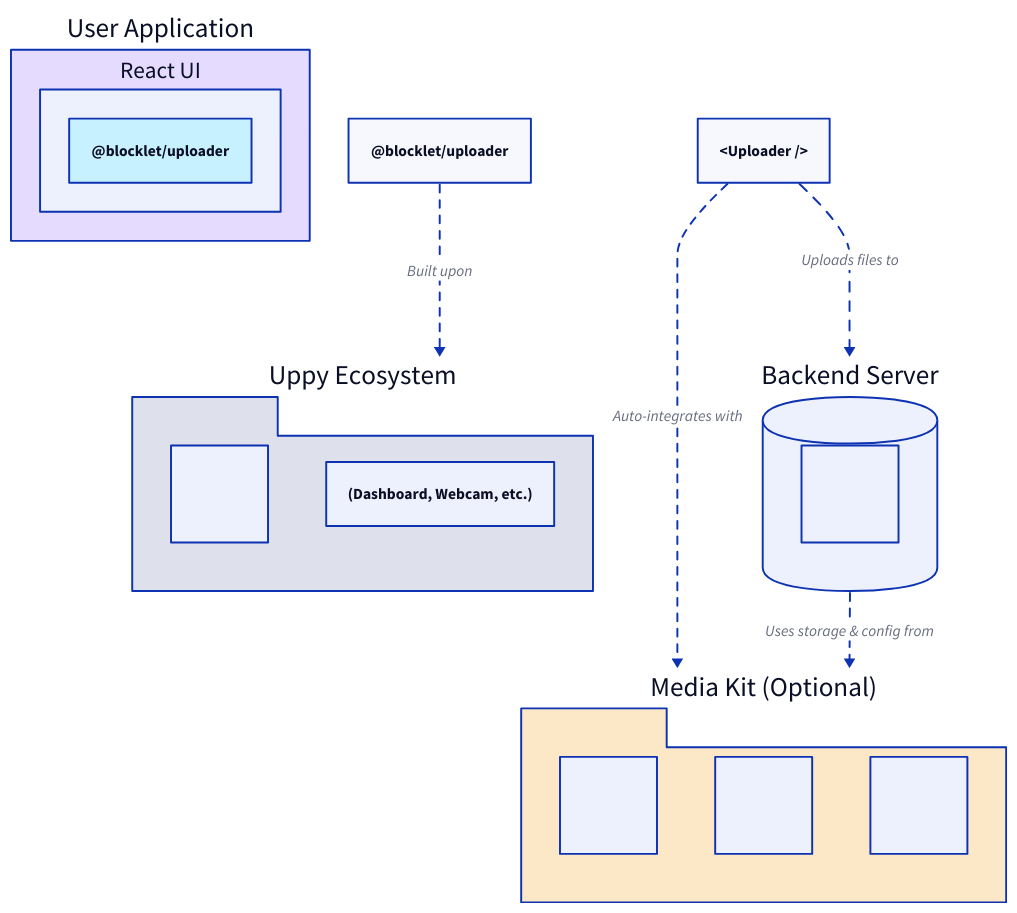
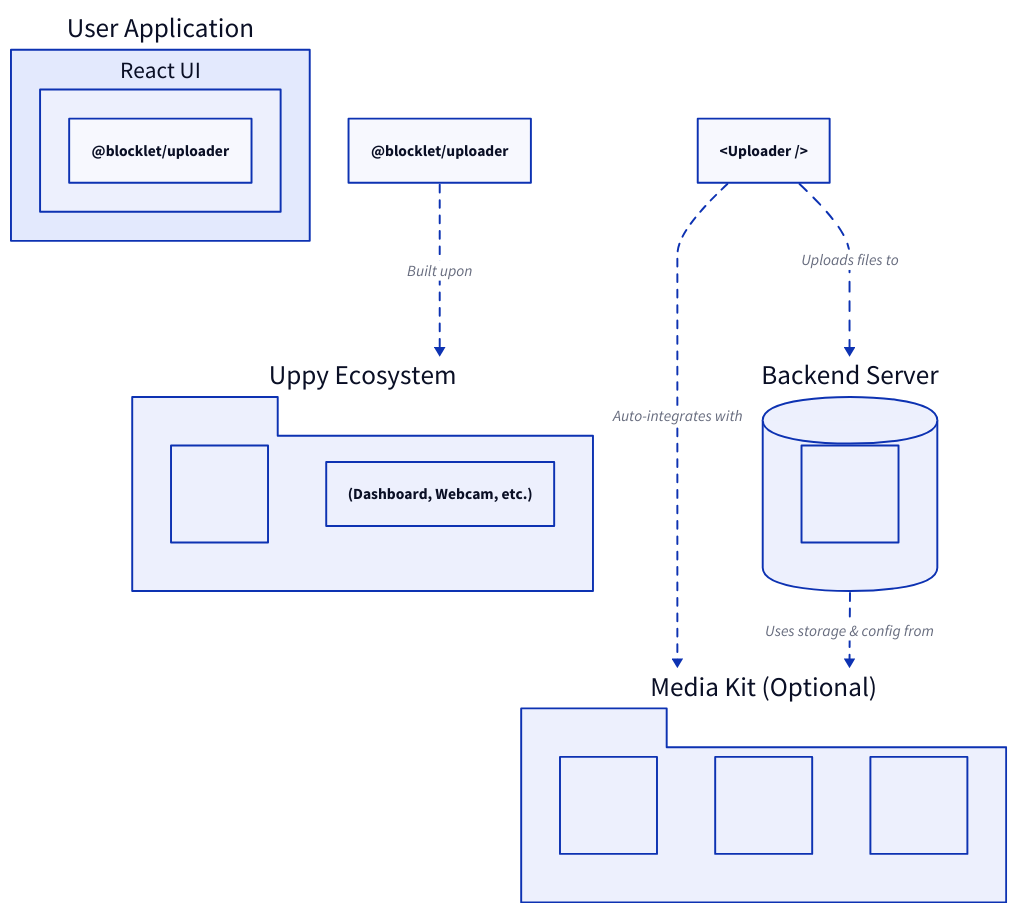
Before and after one commit to blocklet/media-kit: the diagram in .aigne/doc-smith/docs/concepts.md, drawn with D2. The commit also changed 19 other files, not shown here.

````diff
--- a/.aigne/doc-smith/docs/concepts.md
+++ b/.aigne/doc-smith/docs/concepts.md
@@ -7,55 +7,51 @@
 ```d2
 direction: down
 
 "User Application": {
   shape: rectangle
-  style.fill: "#E4DBFE"
   "React UI": {
     "<Uploader />": {
       label: "@blocklet/uploader"
-      style.fill: "#C7F1FF"
     }
   }
 }
 
 "@blocklet/uploader" -> "Uppy Ecosystem": {
   label: "Built upon"
   style.stroke-dash: 4
 }
 
 "Uppy Ecosystem": {
   shape: package
-  style.fill: "#DEE1EB"
   "Uppy Core": ""
   "Uppy Plugins": "(Dashboard, Webcam, etc.)"
 }
 
 "<Uploader />" -> "Backend Server": {
   label: "Uploads files to"
   style.animated: true
 }
 
 "Backend Server": {
   shape: cylinder
   "@blocklet/uploader-server": ""
 }
 
 "<Uploader />" -> "Media Kit": {
   label: "Auto-integrates with"
   style.stroke-dash: 4
 }
 
 "Backend Server" -> "Media Kit": {
   label: "Uses storage & config from"
   style.stroke-dash: 4
 }
 
 "Media Kit": {
   shape: package
-  style.fill: "#fce7c6"
   label: "Media Kit (Optional)"
   "Centralized Config": ""
   "Shared Storage": ""
   "Asset Management": ""
 }
 ```
````
